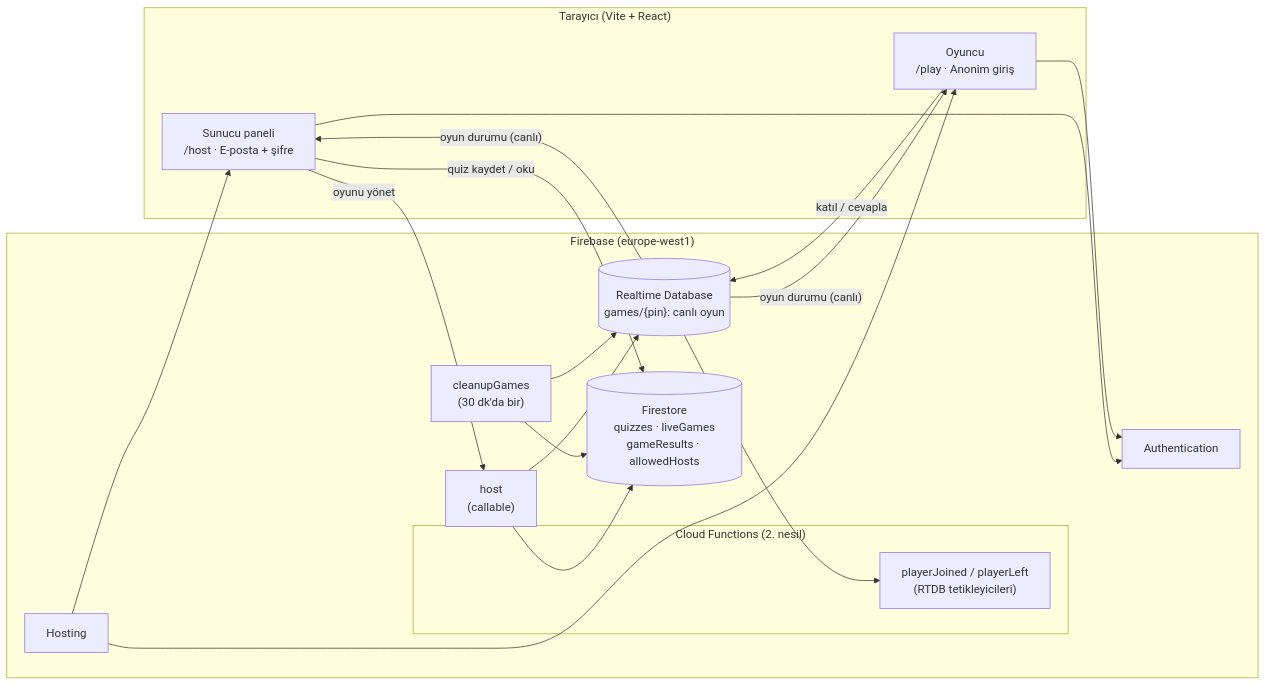
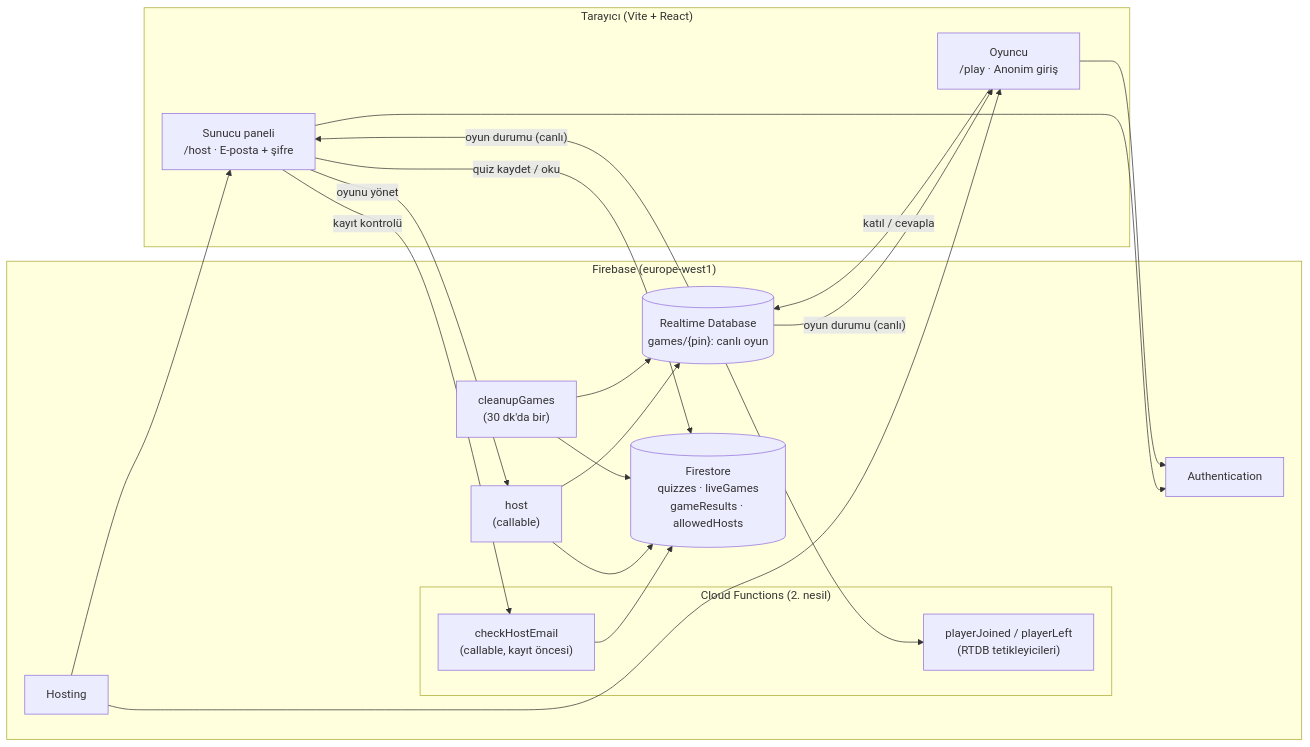
One commit to suleyman-kara/cenga-quiz changed the diagram in README.md. Above: the diagram before and after it, drawn with Mermaid. The commit also changed other lines of this file and 11 other files, not shown here.

````diff
--- a/README.md
+++ b/README.md
@@ -133,29 +202,32 @@
 ```mermaid
 flowchart LR
   subgraph Tarayici["Tarayıcı (Vite + React)"]
     H["Sunucu paneli<br/>/host · E-posta + şifre"]
     P["Oyuncu<br/>/play · Anonim giriş"]
   end
 
   subgraph Firebase["Firebase (europe-west1)"]
     HO["Hosting"]
     AU["Authentication"]
     FS[("Firestore<br/>quizzes · liveGames<br/>gameResults · allowedHosts")]
     RT[("Realtime Database<br/>games/{pin}: canlı oyun")]
     subgraph CF["Cloud Functions (2. nesil)"]
       HC["host<br/>(callable)"]
+      CH["checkHostEmail<br/>(callable, kayıt öncesi)"]
       PJ["playerJoined / playerLeft<br/>(RTDB tetikleyicileri)"]
       CG["cleanupGames<br/>(30 dk'da bir)"]
     end
   end
 
   HO --> H & P
   H & P --> AU
   H -- "quiz kaydet / oku" --> FS
   H -- "oyunu yönet" --> HC
+  H -- "kayıt kontrolü" --> CH
+  CH --> FS
   HC --> RT & FS
   P -- "katıl / cevapla" --> RT
   RT -- "oyun durumu (canlı)" --> H & P
   RT --> PJ
   CG --> RT & FS
 ```
````
